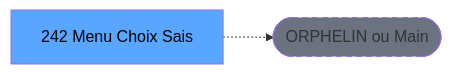
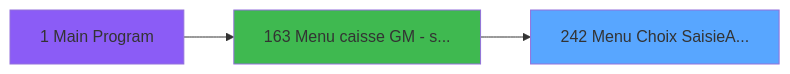
The first of 2 diagrams in .openspec/specs/ADH-IDE-242.md (thonyAGP/magic-migration), drawn with Mermaid before and after one commit. The commit also changed other lines of this file and 20 other files, not shown here.

````diff
--- a/.openspec/specs/ADH-IDE-242.md
+++ b/.openspec/specs/ADH-IDE-242.md
@@ -120,8 +418,11 @@
 ```mermaid
 graph LR
-    T[242 Menu Choix Sais]
-    ORPHAN([ORPHELIN ou Main])
-    T -.-> ORPHAN
-    style T fill:#58a6ff,color:#000
-    style ORPHAN fill:#6b7280,stroke-dasharray: 5 5
+    T242[242 Menu Choix SaisieA...]
+    style T242 fill:#58a6ff
+    CC1[1 Main Program]
+    style CC1 fill:#8b5cf6
+    CC163[163 Menu caisse GM - s...]
+    style CC163 fill:#3fb950
+    CC1 --> CC163
+    CC163 --> T242
 ```
````
